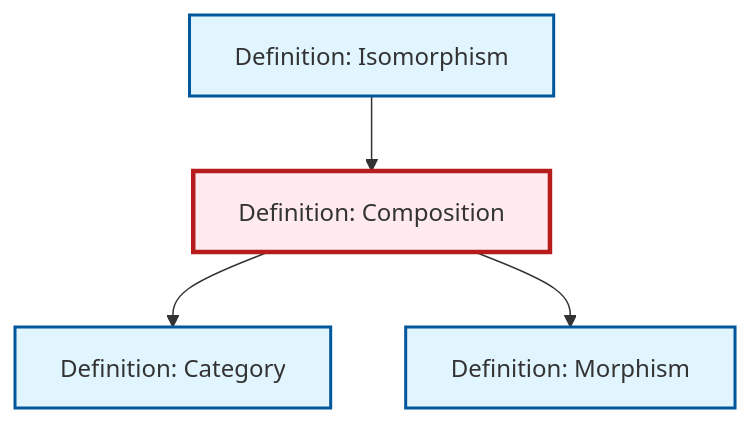
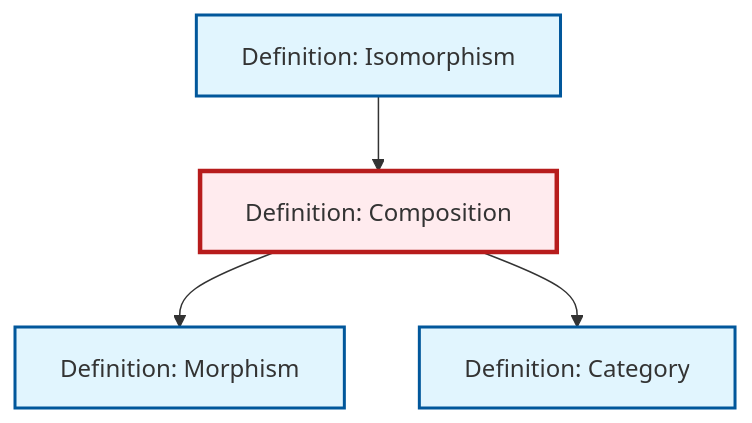
The diagram in content/en/category-theory/def-composition.qmd (RK0429/ModernMath), drawn with Mermaid before and after one commit. The commit also changed other lines of this file and 491 other files, not shown here.

````diff
--- a/content/en/category-theory/def-composition.qmd
+++ b/content/en/category-theory/def-composition.qmd
@@ -92,20 +92,20 @@
 ```{mermaid}
 %%| fig-cap: "Local dependency graph"
 graph TD
     classDef definition fill:#e1f5fe,stroke:#01579b,stroke-width:2px
     classDef theorem fill:#f3e5f5,stroke:#4a148c,stroke-width:2px
     classDef axiom fill:#fff3e0,stroke:#e65100,stroke-width:2px
     classDef example fill:#e8f5e9,stroke:#1b5e20,stroke-width:2px
     classDef current fill:#ffebee,stroke:#b71c1c,stroke-width:3px
-    def-category["Definition: Category"]:::definition
-    def-composition["Definition: Composition"]:::definition
     def-isomorphism["Definition: Isomorphism"]:::definition
     def-morphism["Definition: Morphism"]:::definition
+    def-composition["Definition: Composition"]:::definition
+    def-category["Definition: Category"]:::definition
     def-isomorphism --> def-composition
+    def-composition --> def-morphism
     def-composition --> def-category
-    def-composition --> def-morphism
     class def-composition current
-    click def-category "def-category.html" "Go to Category definition"
     click def-isomorphism "def-isomorphism.html" "Go to Isomorphism definition"
     click def-morphism "def-morphism.html" "Go to Morphism definition"
+    click def-category "def-category.html" "Go to Category definition"
 ```
````
